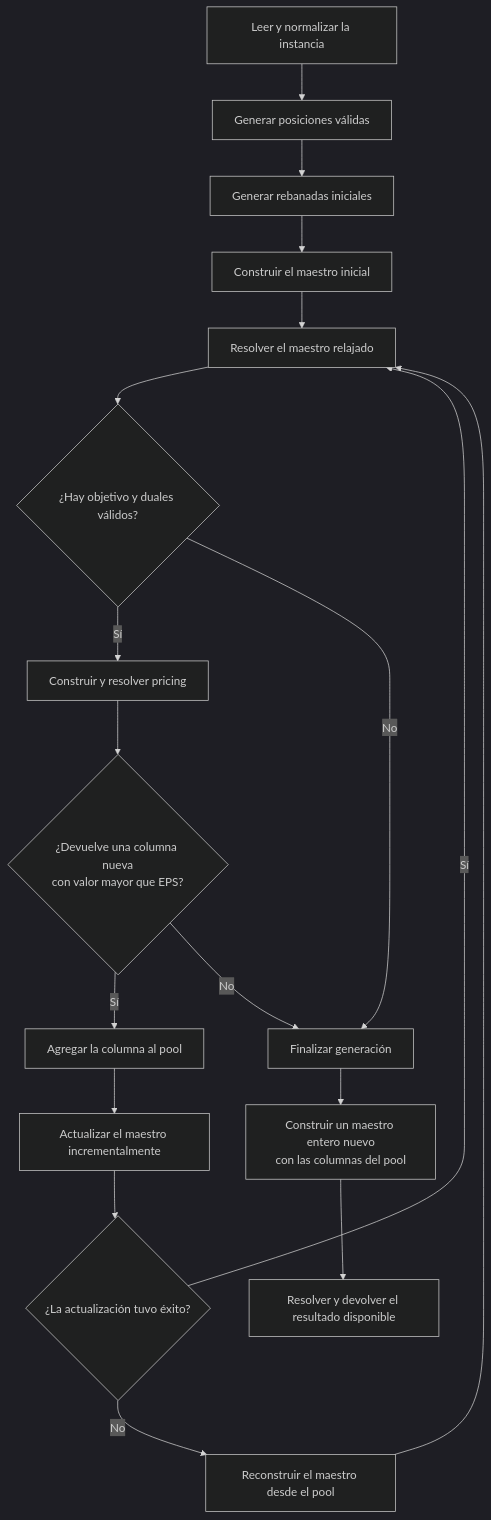
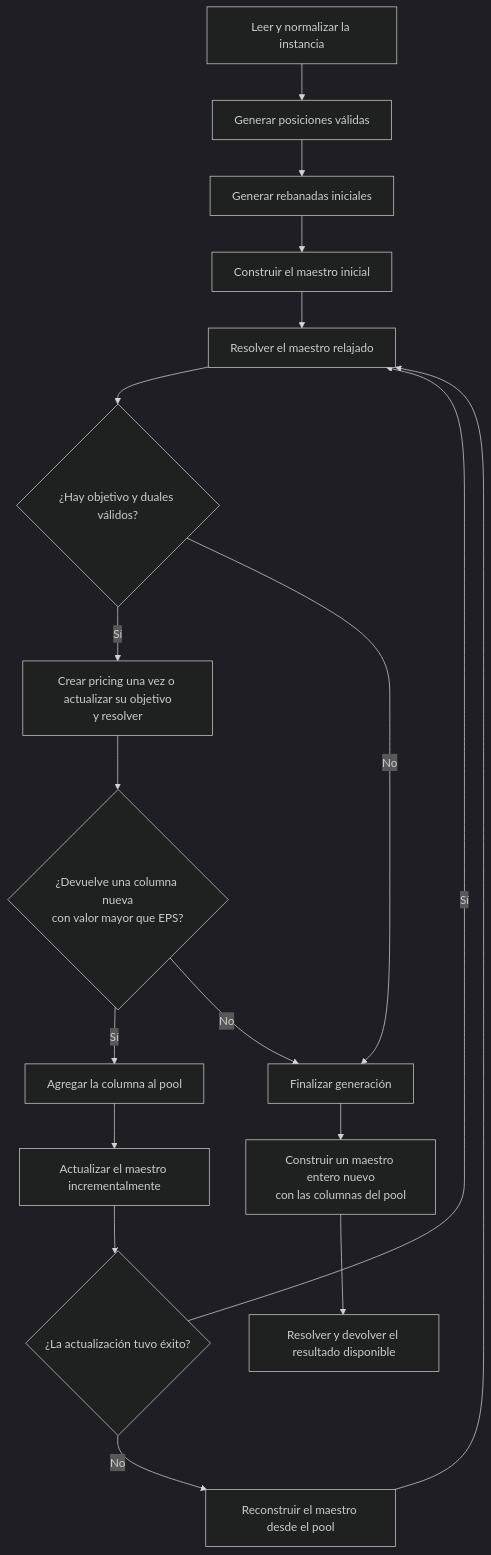
The diagram in docs/algorithm.md (jfa320/2d-bin-packing-column-generation), drawn with Mermaid (dark theme) before and after one commit. The commit also changed other lines of this file and 21 other files, not shown here.

````diff
--- a/docs/algorithm.md
+++ b/docs/algorithm.md
@@ -13,20 +15,20 @@
 ```mermaid
 flowchart TD
     A[Leer y normalizar la instancia] --> B[Generar posiciones válidas]
     B --> C[Generar rebanadas iniciales]
     C --> D[Construir el maestro inicial]
     D --> E[Resolver el maestro relajado]
     E --> F{¿Hay objetivo y duales válidos?}
-    F -- Sí --> G[Construir y resolver pricing]
+    F -- Sí --> G[Crear pricing una vez o actualizar su objetivo<br/>y resolver]
     F -- No --> L[Finalizar generación]
     G --> H{¿Devuelve una columna nueva<br/>con valor mayor que EPS?}
     H -- Sí --> I[Agregar la columna al pool]
     I --> J[Actualizar el maestro incrementalmente]
     J --> K{¿La actualización tuvo éxito?}
     K -- Sí --> E
     K -- No --> R[Reconstruir el maestro desde el pool]
     R --> E
     H -- No --> L
     L --> M[Construir un maestro entero nuevo<br/>con las columnas del pool]
     M --> N[Resolver y devolver el resultado disponible]
 ```
````
